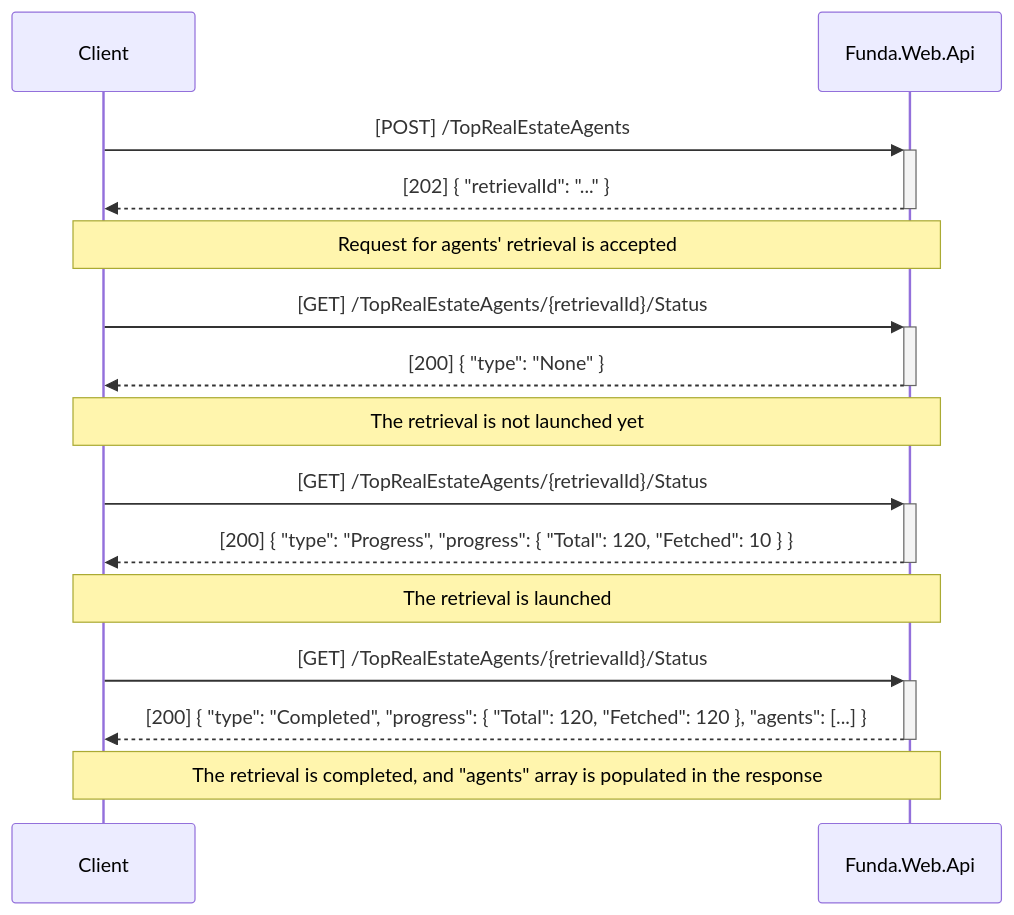
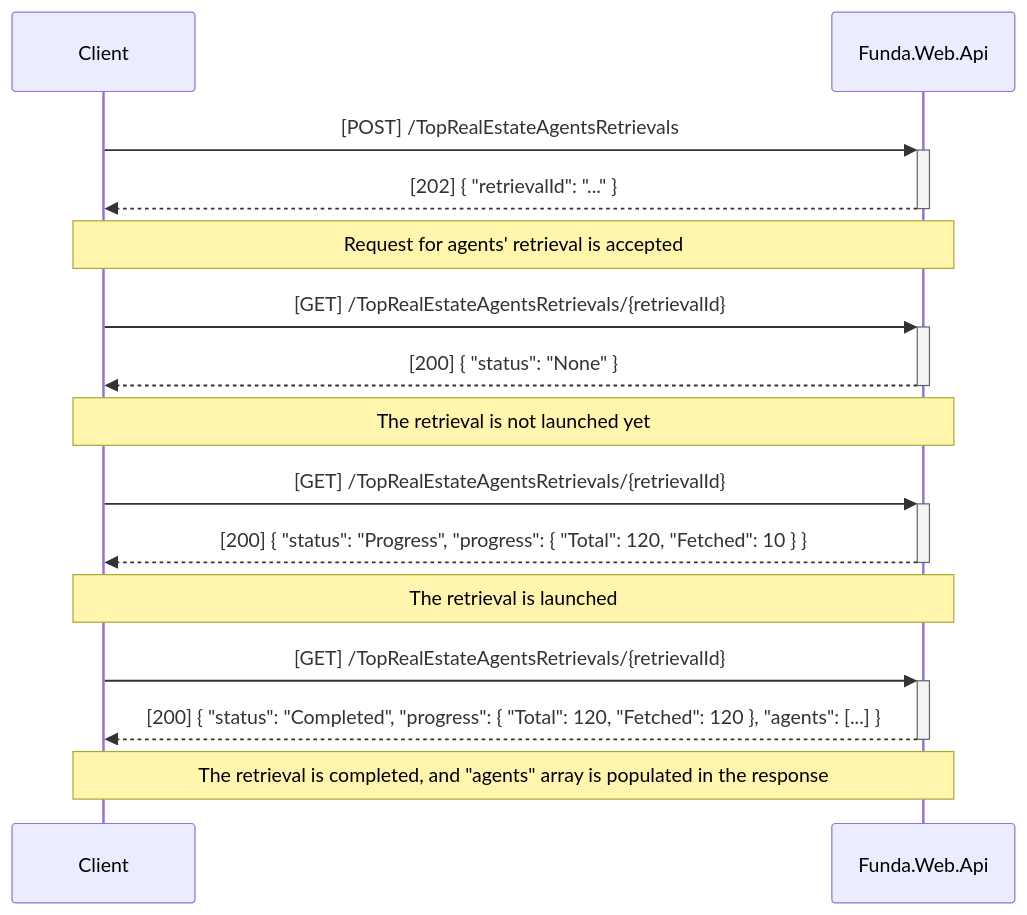
Before and after one commit to AVykhrystyuk/funda: the first of 2 diagrams in README.md, drawn with Mermaid. The commit also changed other lines of this file and 18 other files, not shown here.

Commit message:
Rename RetrievalStatus to just Retrieval

````diff
--- a/README.md
+++ b/README.md
@@ -27,19 +27,19 @@
 ```mermaid
 %% This diagram needs to be rendered, for example, GitHub renders it by default.
 sequenceDiagram
-    Client->>+Funda.Web.Api: [POST] /TopRealEstateAgents
+    Client->>+Funda.Web.Api: [POST] /TopRealEstateAgentsRetrievals
     Funda.Web.Api-->>-Client: [202] { "retrievalId": "..." }
     Note over Client,Funda.Web.Api: Request for agents' retrieval is accepted
     
-    Client->>+Funda.Web.Api: [GET] /TopRealEstateAgents/{retrievalId}/Status
-    Funda.Web.Api-->>-Client: [200] { "type": "None" }
+    Client->>+Funda.Web.Api: [GET] /TopRealEstateAgentsRetrievals/{retrievalId}
+    Funda.Web.Api-->>-Client: [200] { "status": "None" }
     Note over Client,Funda.Web.Api: The retrieval is not launched yet
         
-    Client->>+Funda.Web.Api: [GET] /TopRealEstateAgents/{retrievalId}/Status
-    Funda.Web.Api-->>-Client: [200] { "type": "Progress", "progress": { "Total": 120, "Fetched": 10 } }
+    Client->>+Funda.Web.Api: [GET] /TopRealEstateAgentsRetrievals/{retrievalId}
+    Funda.Web.Api-->>-Client: [200] { "status": "Progress", "progress": { "Total": 120, "Fetched": 10 } }
     Note over Client,Funda.Web.Api: The retrieval is launched
     
-    Client->>+Funda.Web.Api: [GET] /TopRealEstateAgents/{retrievalId}/Status
-    Funda.Web.Api-->>-Client: [200] { "type": "Completed", "progress": { "Total": 120, "Fetched": 120 }, "agents": [...] }
+    Client->>+Funda.Web.Api: [GET] /TopRealEstateAgentsRetrievals/{retrievalId}
+    Funda.Web.Api-->>-Client: [200] { "status": "Completed", "progress": { "Total": 120, "Fetched": 120 }, "agents": [...] }
     Note over Client,Funda.Web.Api: The retrieval is completed, and "agents" array is populated in the response
 ```
````
